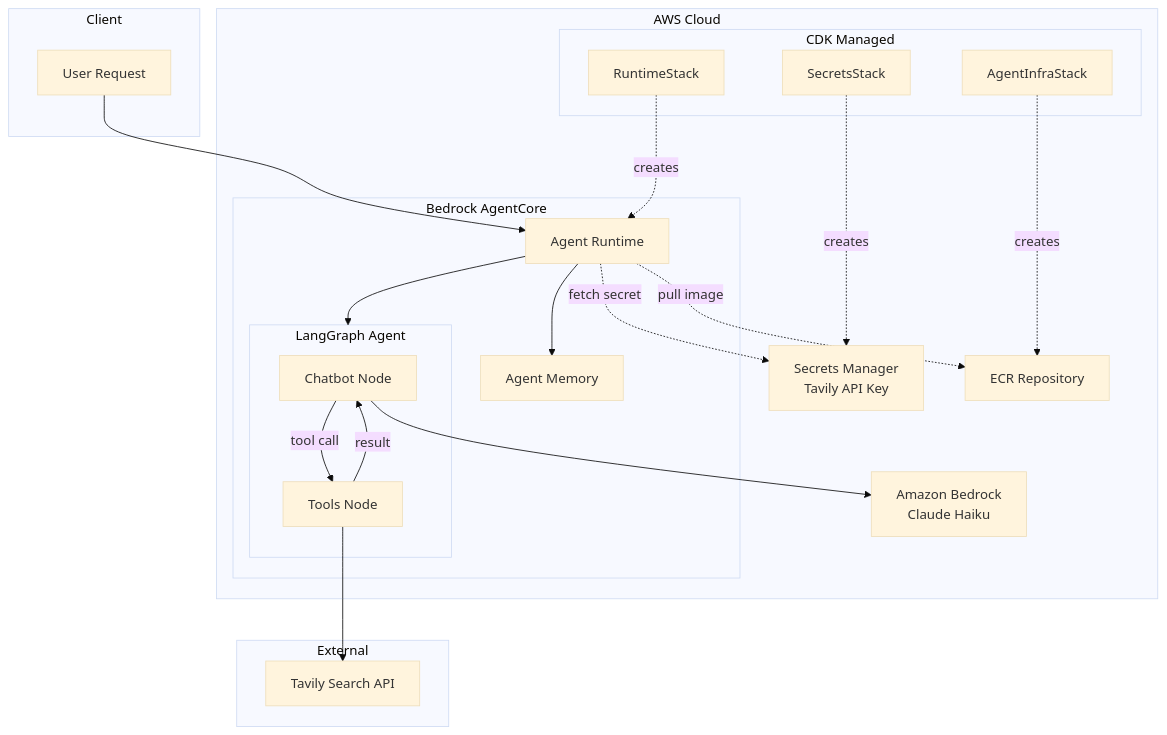
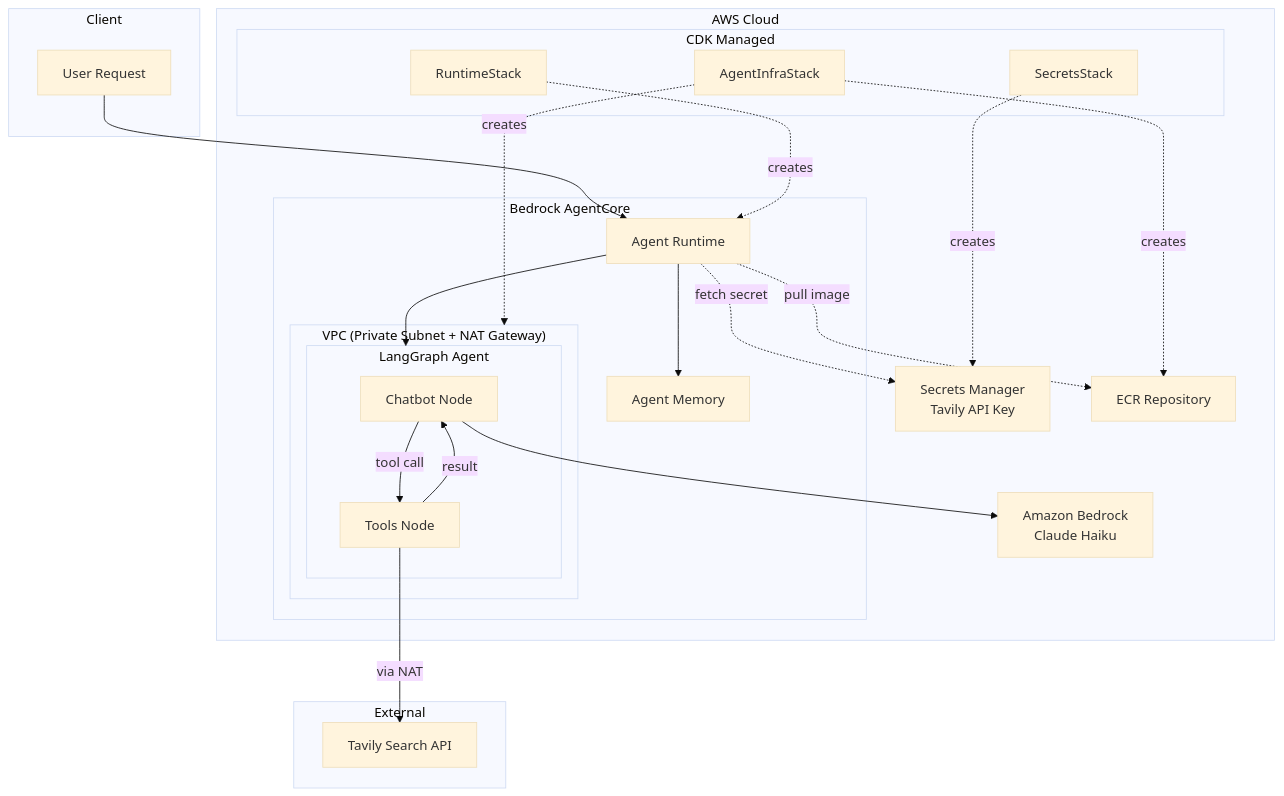
The first of 2 diagrams in README.md (avlind/langgraph-on-agentcore-with-otel), drawn with Mermaid (base theme) before and after one commit. The commit also changed other lines of this file and 5 other files, not shown here.

First line of the commit message:
Switch AgentCore runtime to PRIVATE network mode with NAT gateway

````diff
--- a/README.md
+++ b/README.md
@@ -16,44 +16,47 @@
 ```mermaid
 flowchart TB
     subgraph Client
         User[User Request]
     end
 
     subgraph AWS["AWS Cloud"]
         subgraph AgentCore["Bedrock AgentCore"]
             Runtime[Agent Runtime]
             Memory[Agent Memory]
-            subgraph Agent["LangGraph Agent"]
-                Chatbot[Chatbot Node]
-                Tools[Tools Node]
-                Chatbot -->|tool call| Tools
-                Tools -->|result| Chatbot
+            subgraph VPC["VPC (Private Subnet + NAT Gateway)"]
+                subgraph Agent["LangGraph Agent"]
+                    Chatbot[Chatbot Node]
+                    Tools[Tools Node]
+                    Chatbot -->|tool call| Tools
+                    Tools -->|result| Chatbot
+                end
             end
         end
 
         Bedrock[Amazon Bedrock<br/>Claude Haiku]
         Secrets[Secrets Manager<br/>Tavily API Key]
         ECR[ECR Repository]
 
         subgraph CDK["CDK Managed"]
             SecretsStack[SecretsStack]
             InfraStack[AgentInfraStack]
             RuntimeStack[RuntimeStack]
         end
     end
 
     subgraph External
         Tavily[Tavily Search API]
     end
 
     User --> Runtime
     Runtime --> Agent
     Runtime --> Memory
     Chatbot --> Bedrock
-    Tools --> Tavily
+    Tools -->|via NAT| Tavily
     Runtime -.->|fetch secret| Secrets
     Runtime -.->|pull image| ECR
     SecretsStack -.->|creates| Secrets
     InfraStack -.->|creates| ECR
+    InfraStack -.->|creates| VPC
     RuntimeStack -.->|creates| Runtime
 ```
````
